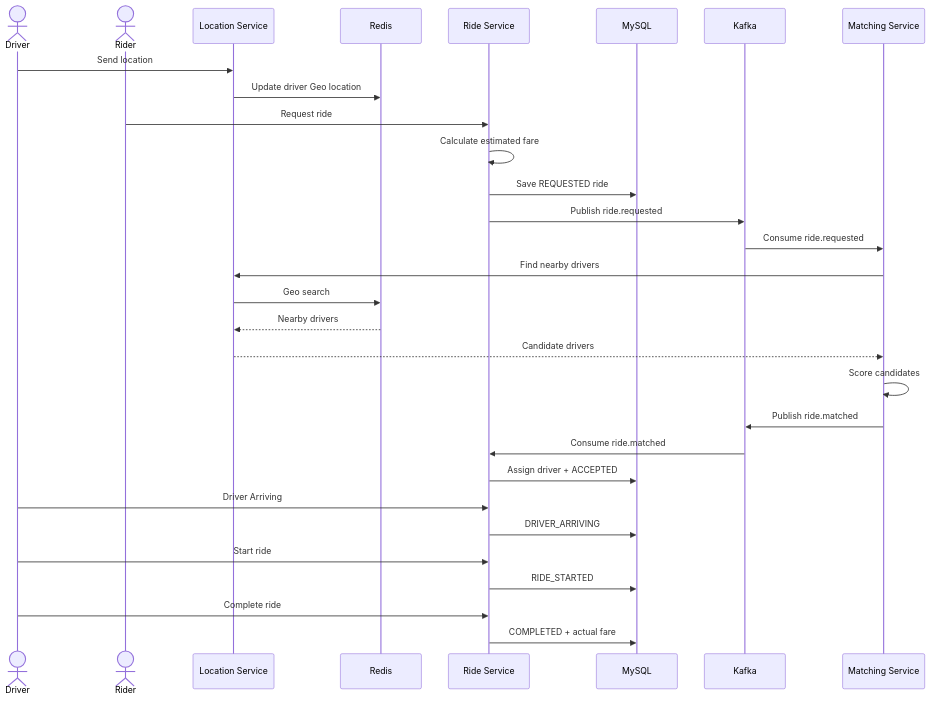
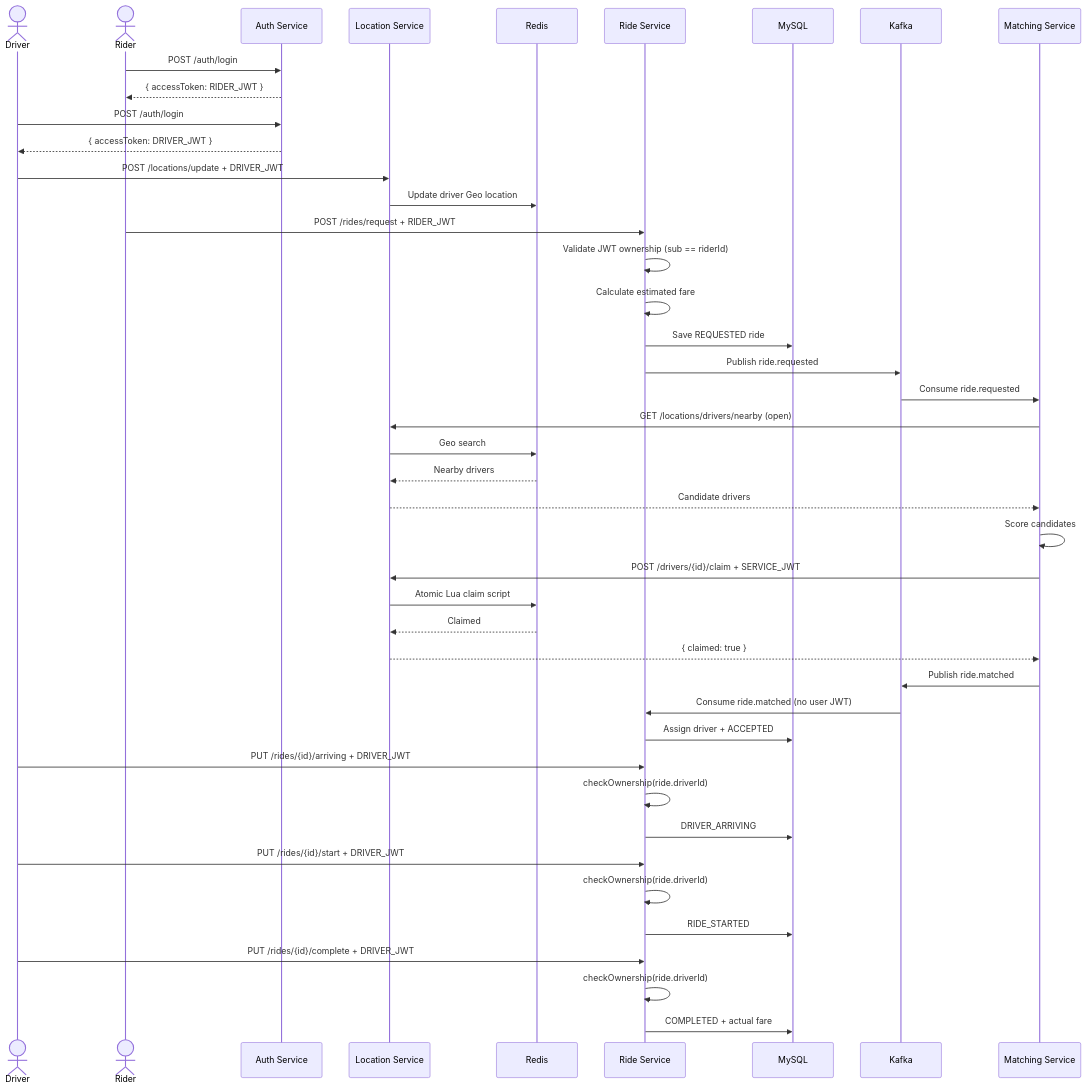
Before and after one commit to hollow-2414/cab-driving-microservices: the third of 3 diagrams in ARCHITECTURE.md, drawn with Mermaid. The commit also changed other lines of this file and 29 other files, not shown here.

Commit message:
Add service security and resource ownership

````diff
--- a/ARCHITECTURE.md
+++ b/ARCHITECTURE.md
@@ -768,43 +910,59 @@
 ``` mermaid
 sequenceDiagram
 
     actor Driver
     actor Rider
 
+    participant Auth as Auth Service
     participant Location as Location Service
     participant Redis
     participant Ride as Ride Service
     participant DB as MySQL
     participant Kafka
     participant Match as Matching Service
 
-    Driver->>Location: Send location
+    Rider->>Auth: POST /auth/login
+    Auth-->>Rider: { accessToken: RIDER_JWT }
+
+    Driver->>Auth: POST /auth/login
+    Auth-->>Driver: { accessToken: DRIVER_JWT }
+
+    Driver->>Location: POST /locations/update + DRIVER_JWT
     Location->>Redis: Update driver Geo location
 
-    Rider->>Ride: Request ride
+    Rider->>Ride: POST /rides/request + RIDER_JWT
+    Ride->>Ride: Validate JWT ownership (sub == riderId)
     Ride->>Ride: Calculate estimated fare
     Ride->>DB: Save REQUESTED ride
     Ride->>Kafka: Publish ride.requested
 
     Kafka->>Match: Consume ride.requested
 
-    Match->>Location: Find nearby drivers
+    Match->>Location: GET /locations/drivers/nearby (open)
     Location->>Redis: Geo search
     Redis-->>Location: Nearby drivers
     Location-->>Match: Candidate drivers
 
     Match->>Match: Score candidates
+    Match->>Location: POST /drivers/{id}/claim + SERVICE_JWT
+    Location->>Redis: Atomic Lua claim script
+    Redis-->>Location: Claimed
+    Location-->>Match: { claimed: true }
+
     Match->>Kafka: Publish ride.matched
 
-    Kafka->>Ride: Consume ride.matched
+    Kafka->>Ride: Consume ride.matched (no user JWT)
     Ride->>DB: Assign driver + ACCEPTED
 
-    Driver->>Ride: Driver Arriving
+    Driver->>Ride: PUT /rides/{id}/arriving + DRIVER_JWT
+    Ride->>Ride: checkOwnership(ride.driverId)
     Ride->>DB: DRIVER_ARRIVING
 
-    Driver->>Ride: Start ride
+    Driver->>Ride: PUT /rides/{id}/start + DRIVER_JWT
+    Ride->>Ride: checkOwnership(ride.driverId)
     Ride->>DB: RIDE_STARTED
 
-    Driver->>Ride: Complete ride
+    Driver->>Ride: PUT /rides/{id}/complete + DRIVER_JWT
+    Ride->>Ride: checkOwnership(ride.driverId)
     Ride->>DB: COMPLETED + actual fare
 ```
````
